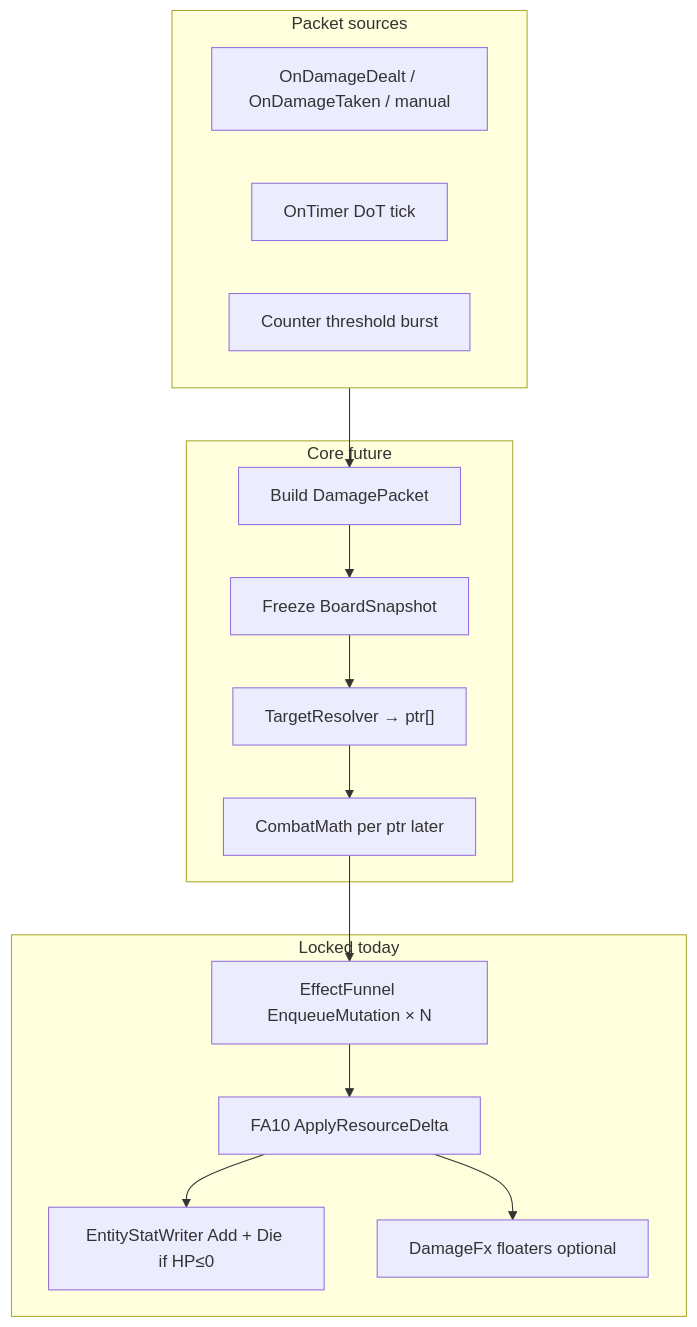
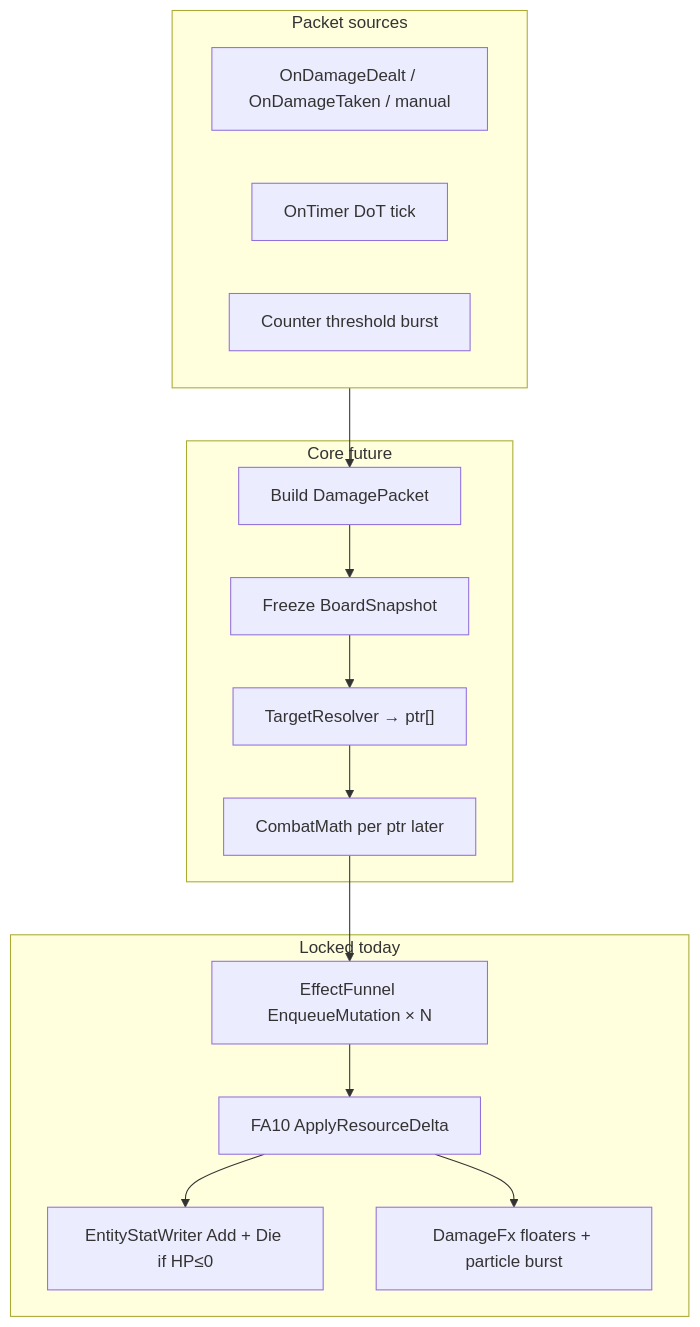
Before and after one commit to letuhao/plant-vs-zombie-rise-of-summoner: the diagram in docs/architecture/combat-damage-ssot.md, drawn with Mermaid. The commit also changed other lines of this file and 21 other files, not shown here.

````diff
--- a/docs/architecture/combat-damage-ssot.md
+++ b/docs/architecture/combat-damage-ssot.md
@@ -52,25 +52,25 @@
 ```mermaid
 flowchart TB
   subgraph sources [Packet sources]
     trig["OnDamageDealt / OnDamageTaken / manual"]
     timer["OnTimer DoT tick"]
     counter["Counter threshold burst"]
   end
 
   subgraph core [Core future]
     build["Build DamagePacket"]
     snap["Freeze BoardSnapshot"]
     resolve["TargetResolver → ptr[]"]
     math["CombatMath per ptr later"]
   end
 
   subgraph apply [Locked today]
     funnel["EffectFunnel EnqueueMutation × N"]
     fa10["FA10 ApplyResourceDelta"]
     writer["EntityStatWriter Add + Die if HP≤0"]
-    fx["DamageFx floaters optional"]
+    fx["DamageFx floaters + particle burst"]
   end
 
   sources --> build --> snap --> resolve --> math --> funnel --> fa10 --> writer
   fa10 --> fx
 ```
````
